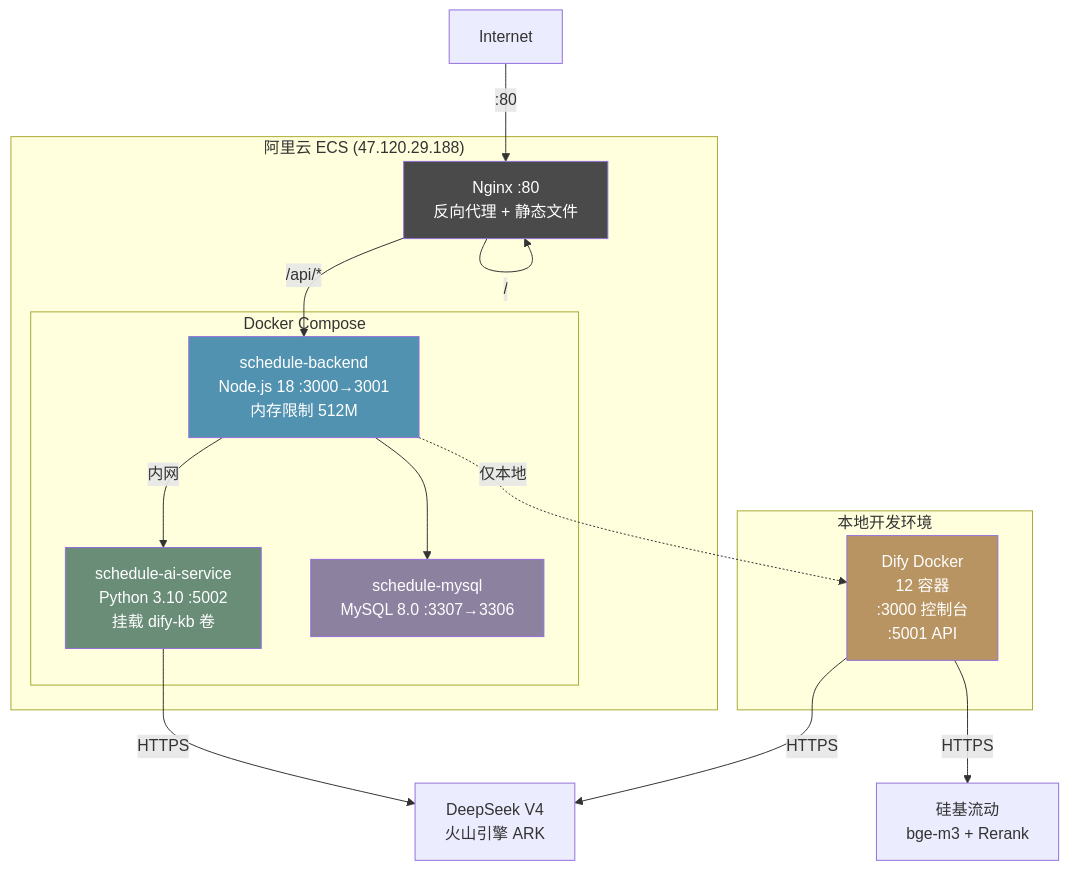
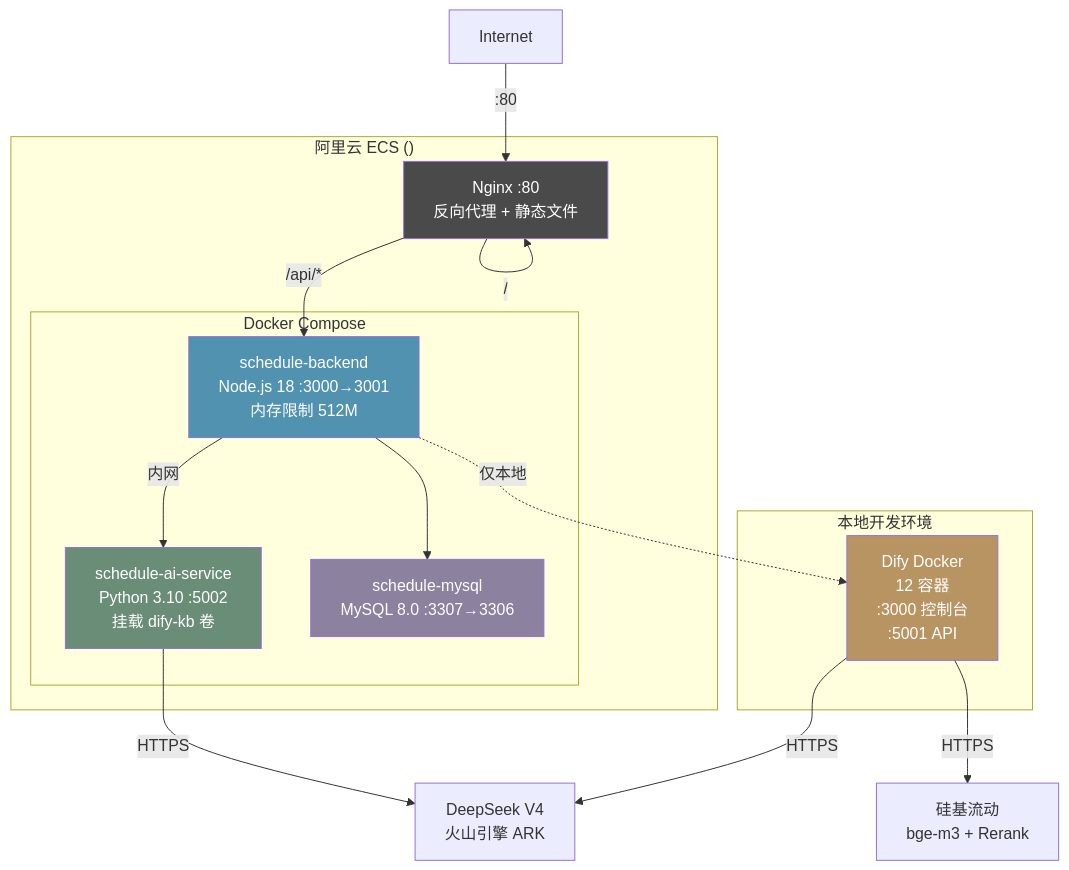
Before and after one commit to yingya-cy/schedule-system: the fourth of 5 diagrams in docs/架构图.md, drawn with Mermaid. The commit also changed 7 other files, not shown here.

````diff
--- a/docs/架构图.md
+++ b/docs/架构图.md
@@ -128,32 +128,32 @@
 ```mermaid
 graph TB
-    subgraph 阿里云ECS["阿里云 ECS (47.120.29.188)"]
+    subgraph 阿里云ECS["阿里云 ECS (<server-ip>)"]
         Nginx["Nginx :80<br/>反向代理 + 静态文件"]
         subgraph Docker["Docker Compose"]
             Backend["schedule-backend<br/>Node.js 18 :3000→3001<br/>内存限制 512M"]
             AIService["schedule-ai-service<br/>Python 3.10 :5002<br/>挂载 dify-kb 卷"]
             MySQL_D["schedule-mysql<br/>MySQL 8.0 :3307→3306"]
         end
     end
 
     subgraph 本地["本地开发环境"]
         DifyLocal["Dify Docker<br/>12 容器<br/>:3000 控制台<br/>:5001 API"]
     end
 
     Internet -->|":80"| Nginx
     Nginx -->|"/api/*"| Backend
     Nginx -->|"/"| Nginx
     Backend -->|"内网"| AIService
     Backend --> MySQL_D
     Backend -.->|"仅本地"| DifyLocal
 
     AIService -->|"HTTPS"| DeepSeek["DeepSeek V4<br/>火山引擎 ARK"]
     DifyLocal -->|"HTTPS"| DeepSeek
     DifyLocal -->|"HTTPS"| SiliconFlow["硅基流动<br/>bge-m3 + Rerank"]
 
     style Nginx fill:#4a4a4a,color:#fff
     style Backend fill:#5092b0,color:#fff
     style AIService fill:#6a8d78,color:#fff
     style MySQL_D fill:#8c819f,color:#fff
     style DifyLocal fill:#b89462,color:#fff
 ```
````
